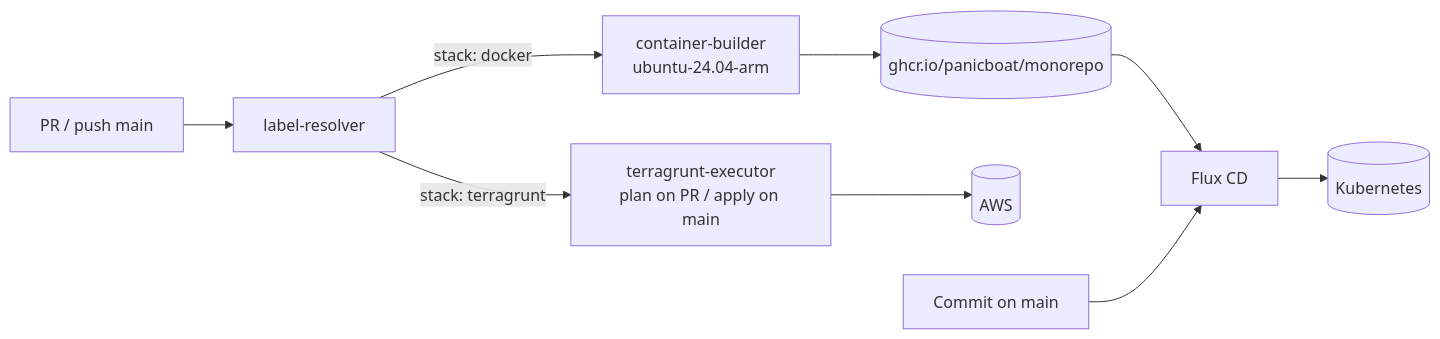
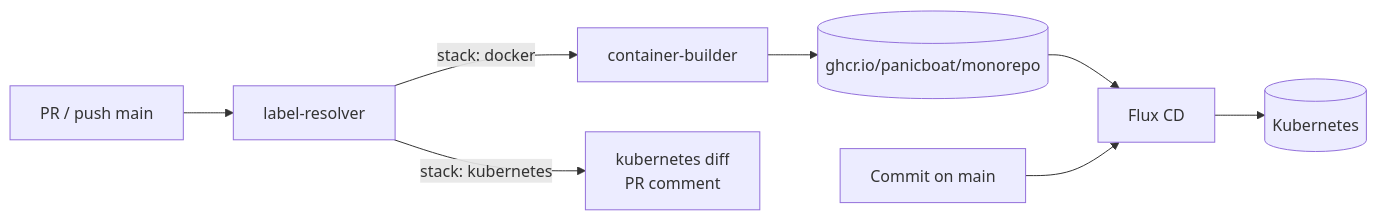
One commit to panicboat/monorepo changed the second of 2 diagrams in README.md. Above: the diagram before and after it, drawn with Mermaid. The commit also changed other lines of this file and 86 other files, not shown here.

````diff
--- a/README.md
+++ b/README.md
@@ -102,11 +48,10 @@
 ```mermaid
 flowchart LR
-  Trigger[PR / push main] --> Resolver[label-resolver]
-  Resolver -->|stack: docker| Builder[container-builder<br/>ubuntu-24.04-arm]
-  Resolver -->|stack: terragrunt| Terragrunt[terragrunt-executor<br/>plan on PR / apply on main]
+  PR[PR / push main] --> Resolver[label-resolver]
+  Resolver -->|stack: docker| Builder[container-builder]
+  Resolver -->|stack: kubernetes| Diff[kubernetes diff<br/>PR comment]
   Builder --> GHCR[(ghcr.io/panicboat/monorepo)]
-  Terragrunt --> AWS[(AWS)]
   GHCR --> Flux[Flux CD]
   Main[Commit on main] --> Flux
   Flux --> K8s[(Kubernetes)]
 ```
````
